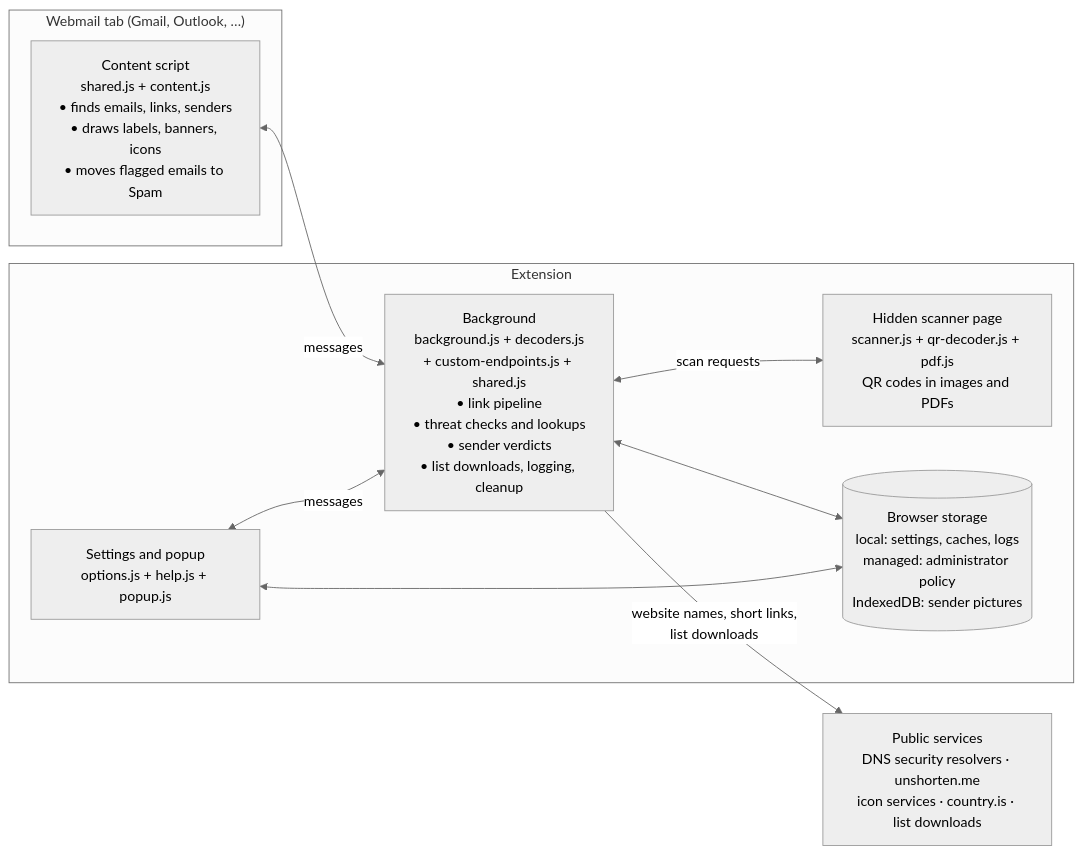
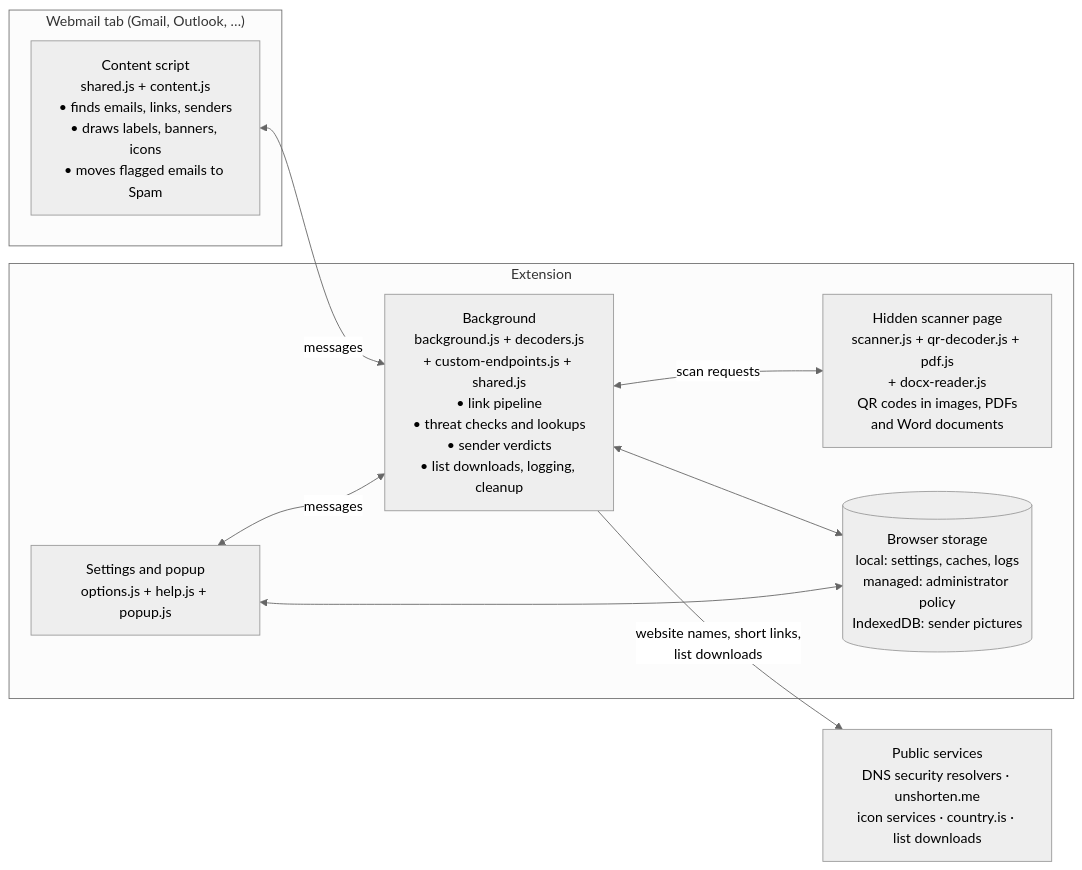
Before and after one commit to thecodewarrior2/SPRUCE-Browser-Extension: the first of 9 diagrams in docs/ARCHITECTURE.md, drawn with Mermaid (neutral theme). The commit also changed other lines of this file and 26 other files, not shown here.

````diff
--- a/docs/ARCHITECTURE.md
+++ b/docs/ARCHITECTURE.md
@@ -34,19 +34,19 @@
 ```mermaid
 flowchart LR
   subgraph Tab["Webmail tab (Gmail, Outlook, …)"]
     CS["Content script<br/>shared.js + content.js<br/>• finds emails, links, senders<br/>• draws labels, banners, icons<br/>• moves flagged emails to Spam"]
   end
   subgraph Ext["Extension"]
     SW["Background<br/>background.js + decoders.js<br/>+ custom-endpoints.js + shared.js<br/>• link pipeline<br/>• threat checks and lookups<br/>• sender verdicts<br/>• list downloads, logging, cleanup"]
-    OFF["Hidden scanner page<br/>scanner.js + qr-decoder.js + pdf.js<br/>QR codes in images and PDFs"]
+    OFF["Hidden scanner page<br/>scanner.js + qr-decoder.js + pdf.js<br/>+ docx-reader.js<br/>QR codes in images, PDFs<br/>and Word documents"]
     UI["Settings and popup<br/>options.js + help.js + popup.js"]
     ST[("Browser storage<br/>local: settings, caches, logs<br/>managed: administrator policy<br/>IndexedDB: sender pictures")]
   end
   NET["Public services<br/>DNS security resolvers · unshorten.me<br/>icon services · country.is · list downloads"]
   CS <-- "messages" --> SW
   SW <-- "scan requests" --> OFF
   UI <-- "messages" --> SW
   SW <--> ST
   UI <--> ST
   SW -- "website names, short links,<br/>list downloads" --> NET
 ```
````
